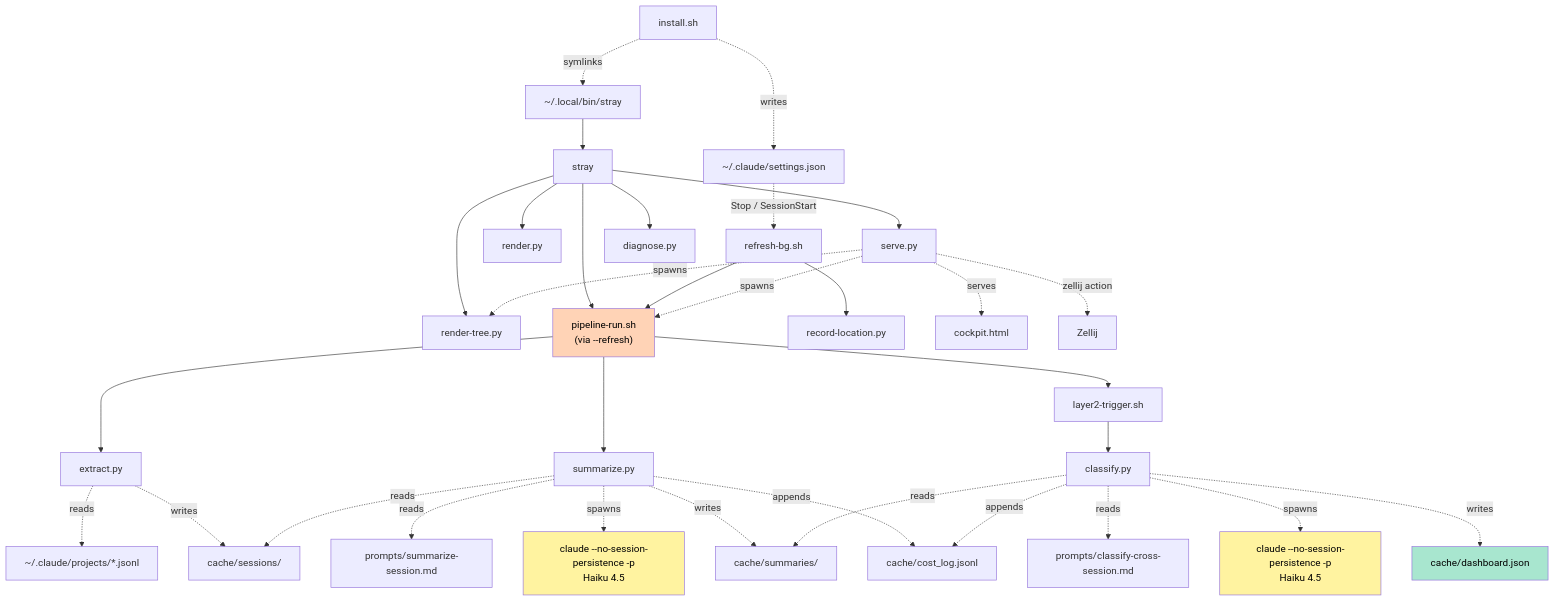
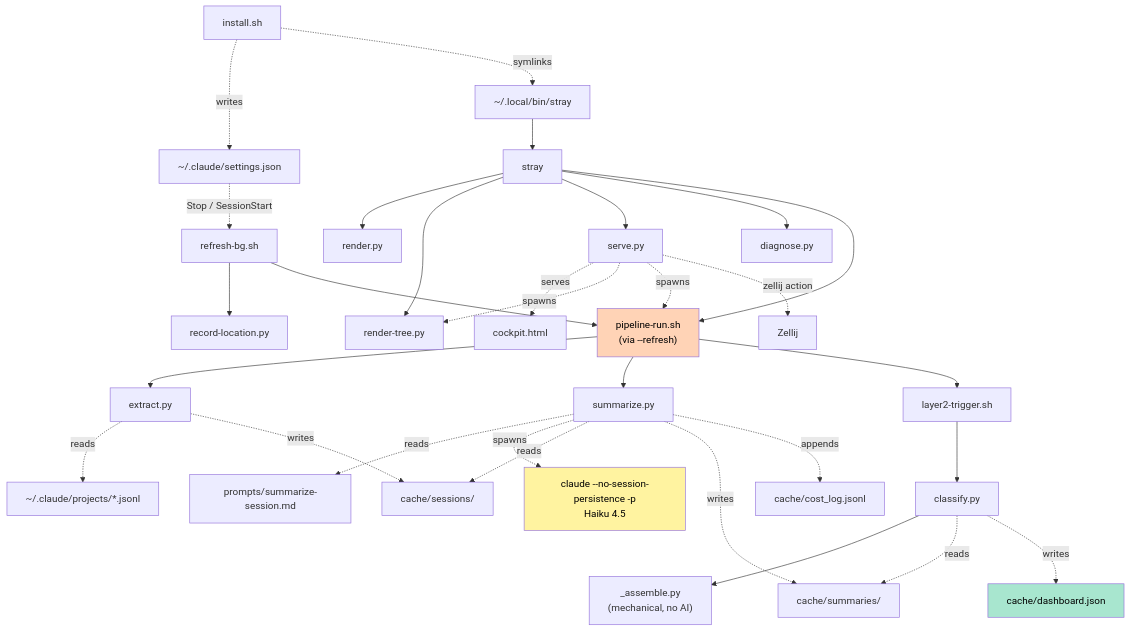
The second of 8 diagrams in docs/ARCHITECTURE.md (Icesource/claude-stray), drawn with Mermaid before and after one commit. The commit also changed other lines of this file and 12 other files, not shown here.

````diff
--- a/docs/ARCHITECTURE.md
+++ b/docs/ARCHITECTURE.md
@@ -161,47 +165,44 @@
 ```mermaid
 graph TD
     install["install.sh"] -.->|writes| set["~/.claude/settings.json"]
     install -.->|symlinks| sym["~/.local/bin/stray"]
 
     set -.->|"Stop / SessionStart"| bg["refresh-bg.sh"]
     sym --> mm["stray"]
 
     mm --> render["render.py"]
     mm --> rt["render-tree.py"]
     mm --> srv["serve.py"]
     mm --> diag["diagnose.py"]
     mm --> prun["pipeline-run.sh<br/>(via --refresh)"]
 
     bg --> rec["record-location.py"]
     bg --> prun
 
     prun --> ext["extract.py"]
     prun --> sum["summarize.py"]
     prun --> trig["layer2-trigger.sh"]
     trig --> cls["classify.py"]
 
     sum -.->|reads| p1["prompts/summarize-session.md"]
-    cls -.->|reads| p2["prompts/classify-cross-session.md"]
+    cls --> asm["_assemble.py<br/>(mechanical, no AI)"]
 
     sum -.->|spawns| claude1["claude --no-session-persistence -p<br/>Haiku 4.5"]
-    cls -.->|spawns| claude2["claude --no-session-persistence -p<br/>Haiku 4.5"]
 
     srv -.->|serves| ck["cockpit.html"]
     srv -.->|spawns| rt
     srv -.->|spawns| prun
     srv -.->|"zellij action"| zj["Zellij"]
 
     ext -.->|reads| jl["~/.claude/projects/*.jsonl"]
     ext -.->|writes| sess["cache/sessions/"]
     sum -.->|reads| sess
     sum -.->|writes| sumdir["cache/summaries/"]
     cls -.->|reads| sumdir
     cls -.->|writes| mj["cache/dashboard.json"]
     sum -.->|appends| cl["cache/cost_log.jsonl"]
-    cls -.->|appends| cl
 
     style mj fill:#a8e6cf,color:#000
     style claude1 fill:#fff3a0,color:#000
-    style claude2 fill:#fff3a0,color:#000
     style prun fill:#ffd3b6,color:#000
 ```
````
